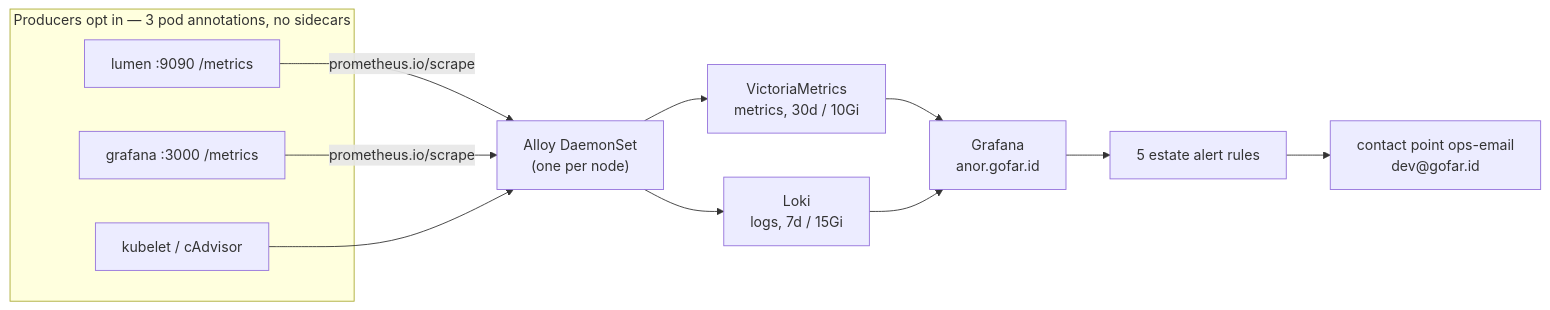
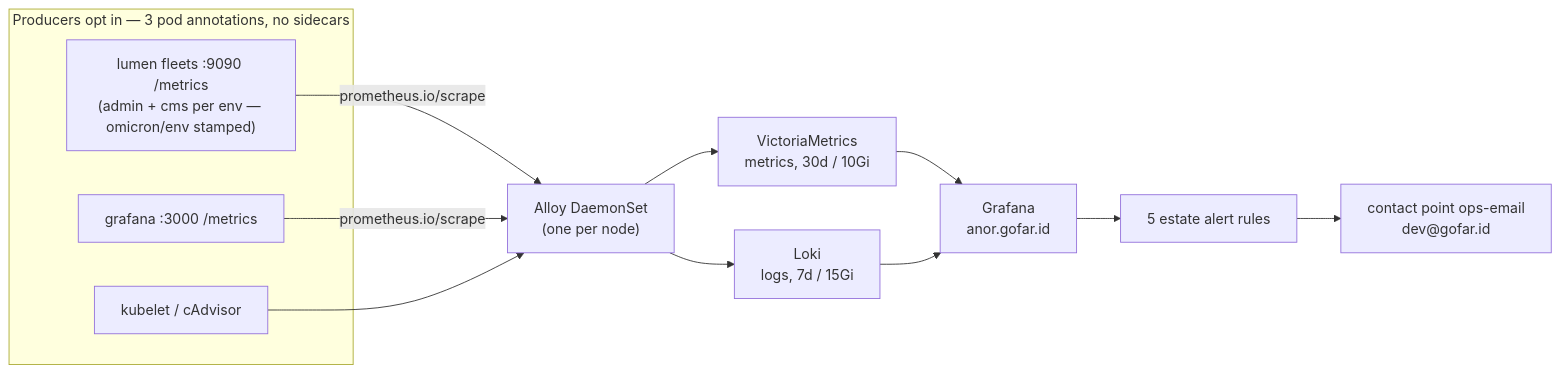
The diagram in runbook/10-observability.md (kanatabi/omicron), drawn with Mermaid before and after one commit. The commit also changed other lines of this file and 17 other files, not shown here.

````diff
--- a/runbook/10-observability.md
+++ b/runbook/10-observability.md
@@ -35,18 +36,18 @@
 ```mermaid
 flowchart LR
     subgraph PRODUCE["Producers opt in — 3 pod annotations, no sidecars"]
-        L["lumen :9090 /metrics"]
+        L["lumen fleets :9090 /metrics<br/>(admin + cms per env — omicron/env stamped)"]
         G["grafana :3000 /metrics"]
         K["kubelet / cAdvisor"]
     end
     A["Alloy DaemonSet\n(one per node)"]
     L -->|prometheus.io/scrape| A
     G -->|prometheus.io/scrape| A
     K --> A
     A --> VM["VictoriaMetrics\nmetrics, 30d / 10Gi"]
     A --> LK["Loki\nlogs, 7d / 15Gi"]
     VM --> GR["Grafana\nanor.gofar.id"]
     LK --> GR
     GR --> AL["5 estate alert rules"]
     AL --> MAIL["contact point ops-email\ndev@gofar.id"]
 ```
````
